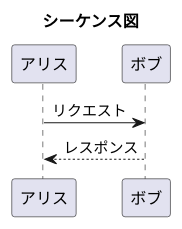
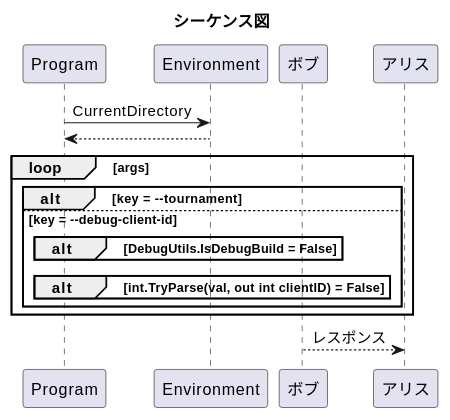
The diagram in src/osu.pu (haloyukka/My-osu), drawn with PlantUML before and after one commit. The commit also changed 1 other file, not shown here.

Commit message:
[ADD] uml file.

```diff
--- a/src/osu.pu
+++ b/src/osu.pu
@@ -1,5 +1,16 @@
 @startuml
 title シーケンス図
-アリス -> ボブ: リクエスト
+Program -> Environment: CurrentDirectory
+Program <-- Environment
+
+loop args
+    alt key = --tournament
+    else key = --debug-client-id
+        alt DebugUtils.IsDebugBuild = False
+        end
+        alt int.TryParse(val, out int clientID) = False
+        end
+    end
+end
 ボブ --> アリス: レスポンス
 @enduml
```
